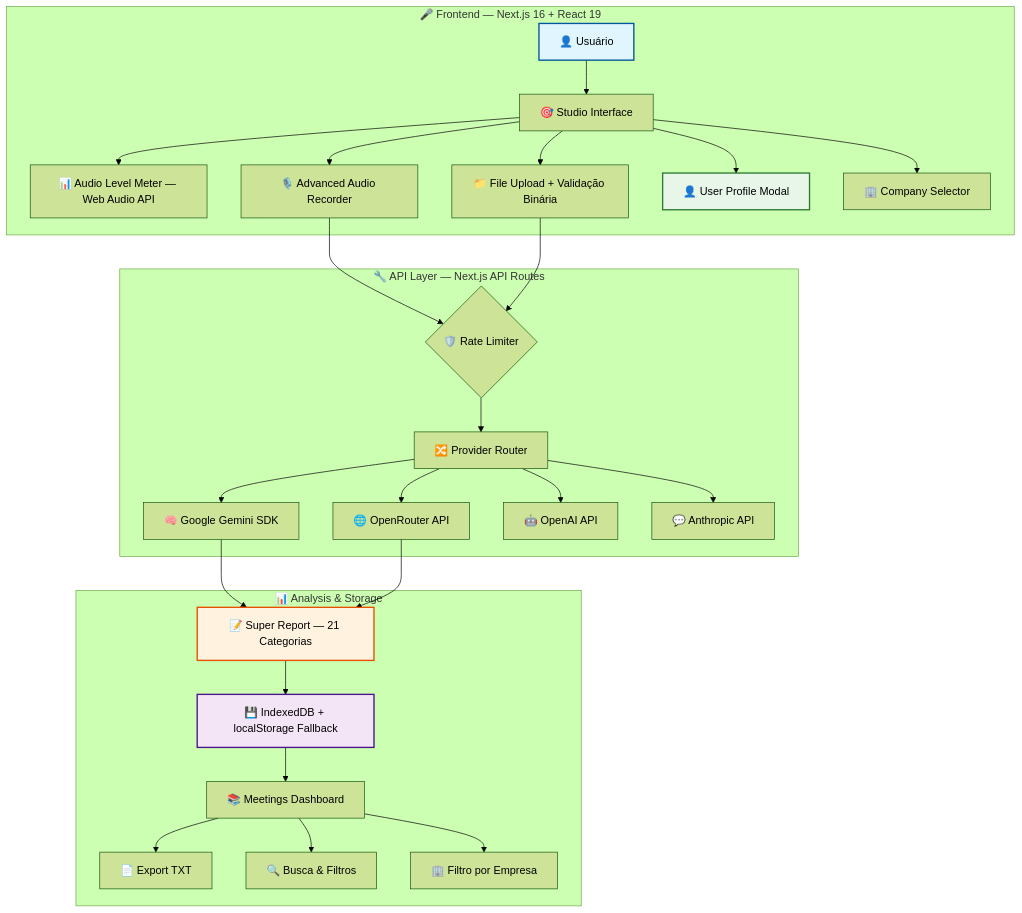
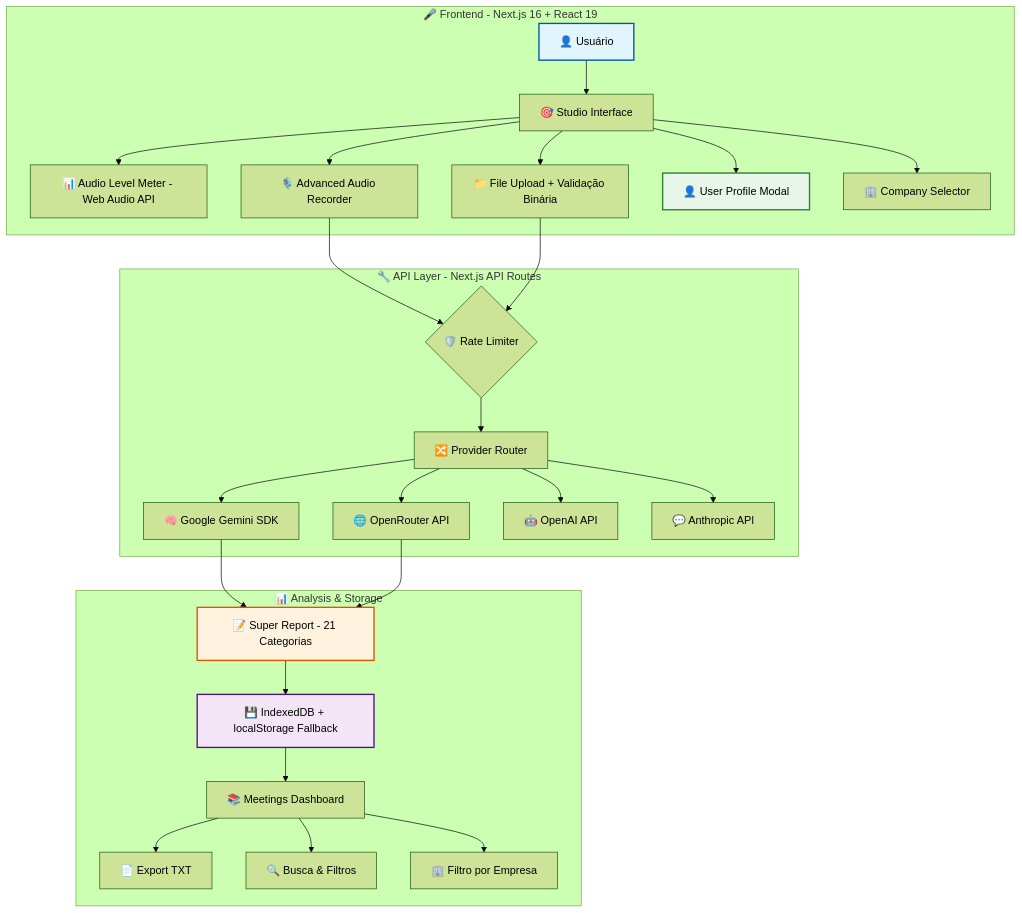
Before and after one commit to HigorGabs/listen-meet: the diagram in README.md, drawn with Mermaid (forest theme). The commit also changed other lines of this file, not shown here.

````diff
--- a/README.md
+++ b/README.md
@@ -201,36 +154,36 @@
 ```mermaid
 graph TB
-    subgraph "🎤 Frontend — Next.js 16 + React 19"
+    subgraph "🎤 Frontend - Next.js 16 + React 19"
         A[👤 Usuário] --> B[🎯 Studio Interface]
-        B --> C[📊 Audio Level Meter — Web Audio API]
+        B --> C[📊 Audio Level Meter - Web Audio API]
         B --> D[🎙️ Advanced Audio Recorder]
         B --> E[📁 File Upload + Validação Binária]
         B --> N[👤 User Profile Modal]
         B --> O[🏢 Company Selector]
     end
 
-    subgraph "🔧 API Layer — Next.js API Routes"
+    subgraph "🔧 API Layer - Next.js API Routes"
         D --> F{🛡️ Rate Limiter}
         E --> F
         F --> G[🔀 Provider Router]
         G --> H[🧠 Google Gemini SDK]
         G --> I[🌐 OpenRouter API]
         G --> J[🤖 OpenAI API]
         G --> K[💬 Anthropic API]
     end
 
     subgraph "📊 Analysis & Storage"
-        H --> L[📝 Super Report — 21 Categorias]
+        H --> L[📝 Super Report - 21 Categorias]
         I --> L
         L --> M[💾 IndexedDB + localStorage Fallback]
         M --> P[📚 Meetings Dashboard]
         P --> Q[📄 Export TXT]
         P --> R[🔍 Busca & Filtros]
         P --> S[🏢 Filtro por Empresa]
     end
 
     style A fill:#e1f5fe,stroke:#01579b,stroke-width:2px
     style L fill:#fff3e0,stroke:#e65100,stroke-width:2px
     style M fill:#f3e5f5,stroke:#4a148c,stroke-width:2px
     style N fill:#e8f5e9,stroke:#2e7d32,stroke-width:2px
 ```
````
